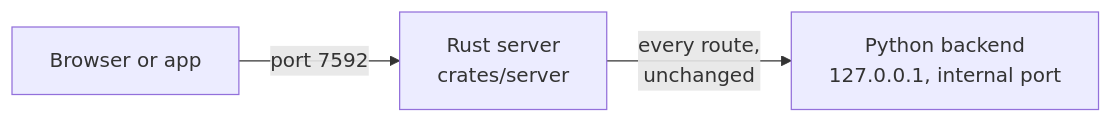
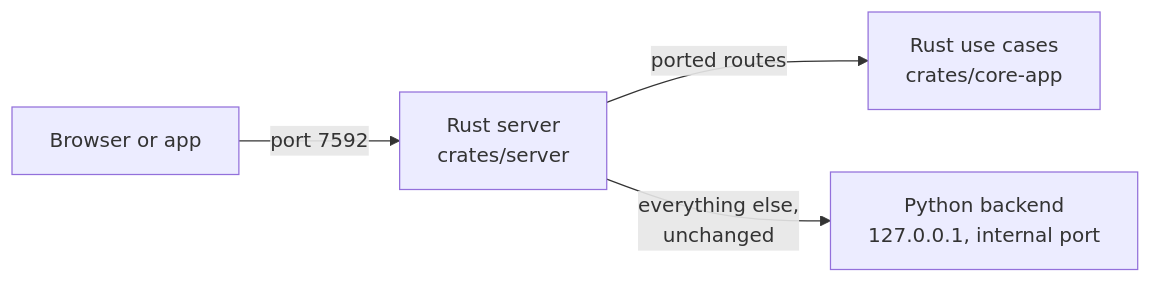
One commit to ferrofolio/ferrofolio changed the diagram in docs/rust-backend.md. Above: the diagram before and after it, drawn with Mermaid. The commit also changed other lines of this file and 4 other files, not shown here.

````diff
--- a/docs/rust-backend.md
+++ b/docs/rust-backend.md
@@ -8,5 +8,6 @@
 ```mermaid
 flowchart LR
   C[Browser or app] -->|port 7592| R[Rust server<br/>crates/server]
-  R -->|every route,<br/>unchanged| P[Python backend<br/>127.0.0.1, internal port]
+  R -->|ported routes| U[Rust use cases<br/>crates/core-app]
+  R -->|everything else,<br/>unchanged| P[Python backend<br/>127.0.0.1, internal port]
 ```
````
